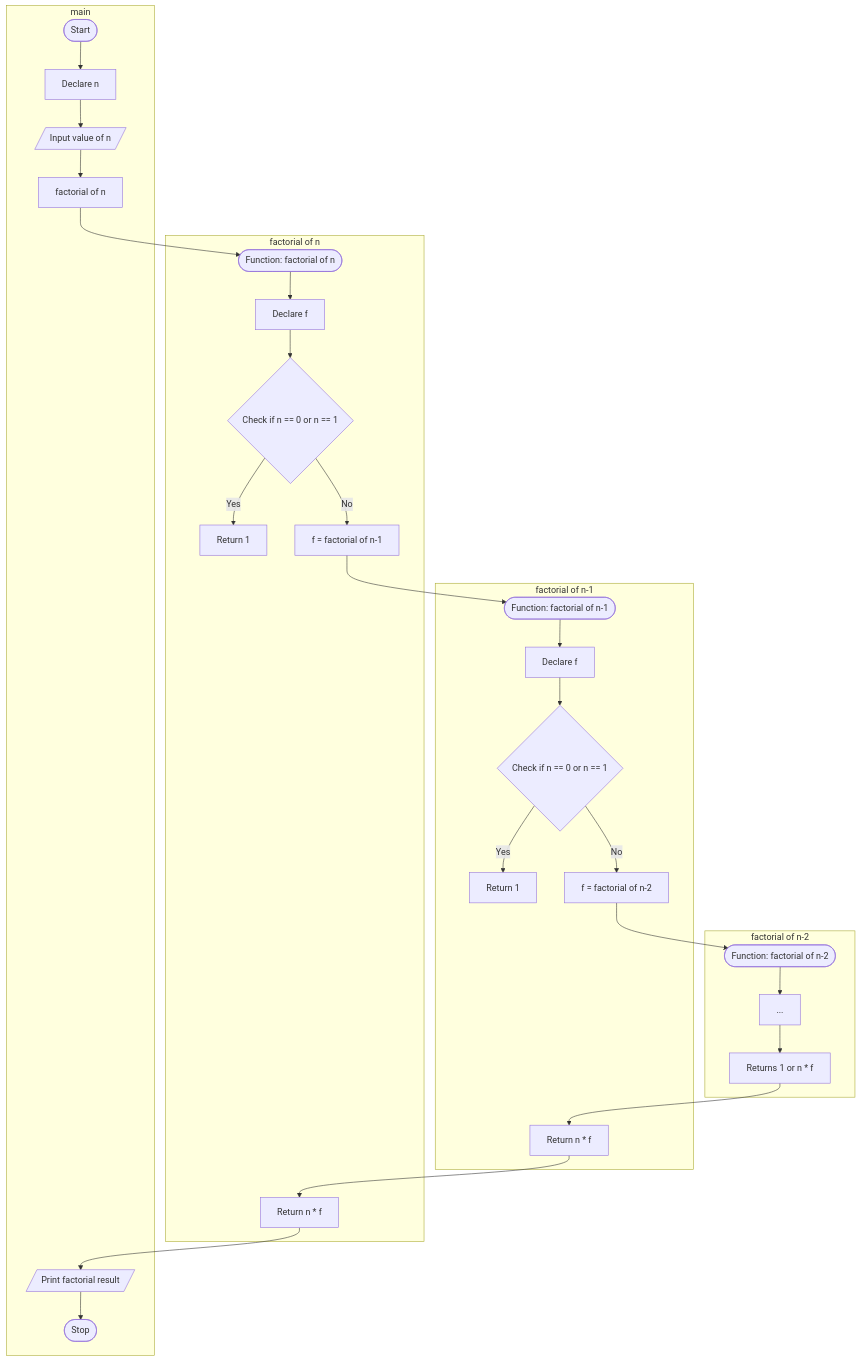
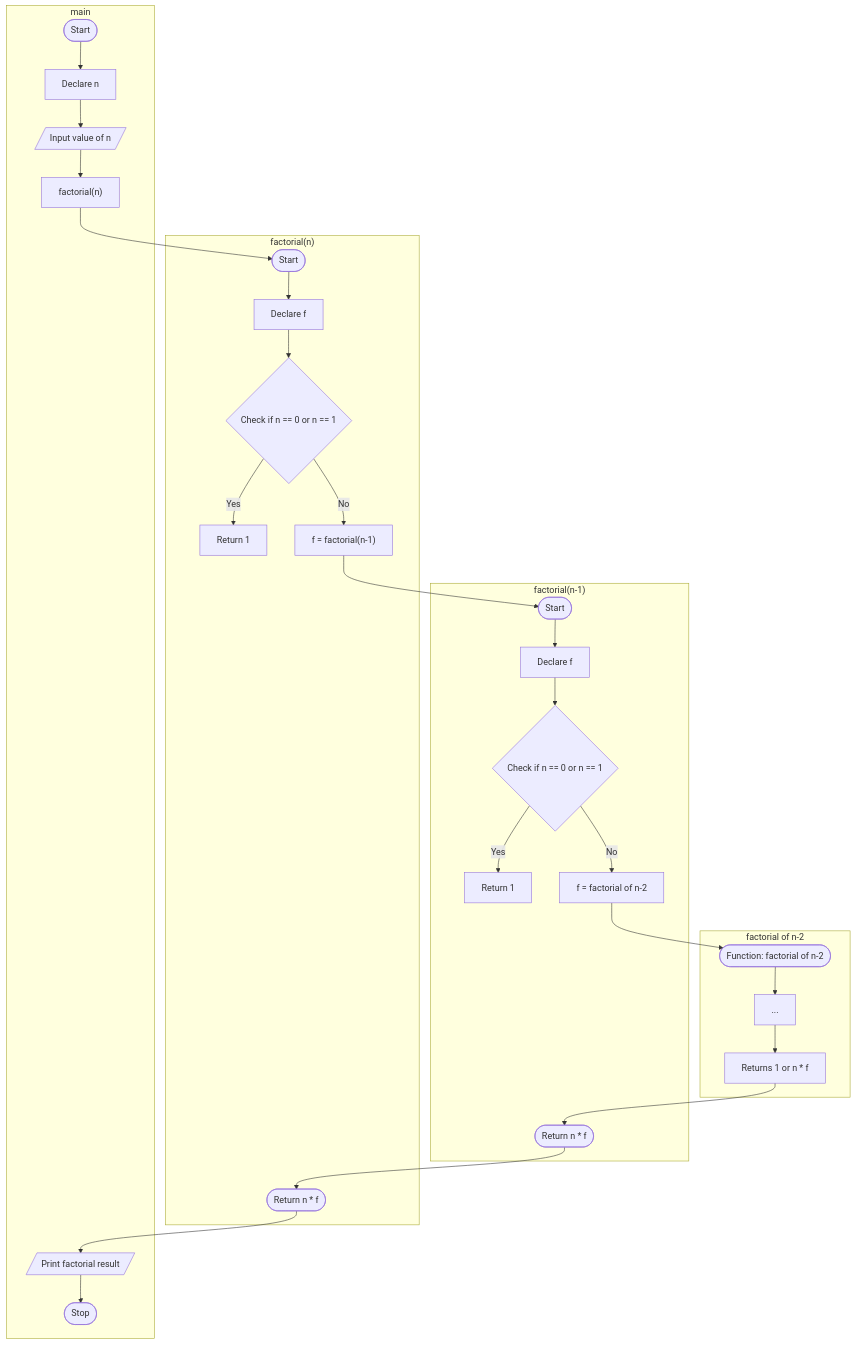
Before and after one commit to Vinit-source/Programming-for-problem-solving: the second of 2 diagrams in PR/P8 - Recursion.md, drawn with Mermaid. The commit also changed other lines of this file, not shown here.

Commit message:
PR/P8 - Recursion.md updated from https://stackedit.io/

````diff
--- a/PR/P8 - Recursion.md
+++ b/PR/P8 - Recursion.md
@@ -47,34 +47,34 @@
 ```mermaid
 flowchart TD;
 subgraph ide3["factorial of n-2"]
 	funcStart3([Function: factorial of n-2])
 	funcStart3 --> A3[...];
 	A3 --> E3[Returns 1 or n * f];
 end
-subgraph ide2["factorial of n-1"]
-	    funcStart2([Function: factorial of n-1])
+subgraph ide2["factorial(n-1)"]
+	    funcStart2([Start])
         funcStart2 --> A2[Declare f];
         A2 --> B2{Check if n == 0 or n == 1};
         B2 -- Yes --> C2[Return 1];
         B2 -- No --> D2["f = factorial of n-2"];
         D2 --> funcStart3;
-        E3 --> E2[Return n * f];
+        E3 --> E2([Return n * f]);
  end
- subgraph ide1["factorial of n"]
-		funcStart([Function: factorial of n]);
+ subgraph ide1["factorial(n)"]
+		funcStart([Start]);
         funcStart --> A1[Declare f];
         A1 --> B1{Check if n == 0 or n == 1};
         B1 -- Yes --> C1[Return 1];
-        B1 -- No --> D1["f = factorial of n-1"];
+        B1 -- No --> D1["f = factorial(n-1)"];
         D1 --> funcStart2
-        E2 --> E1[Return n * f];
+        E2 --> E1([Return n * f]);
     end
 subgraph main
 	Start([Start]) --> B[Declare n];
     B --> C[/Input value of n/];
-    C --> D[factorial of n]
+    C --> D["factorial(n)"]
     D --> funcStart
     E1 -->  E[/Print factorial result/];
     E --> F([Stop]);
    end
 ```
````
